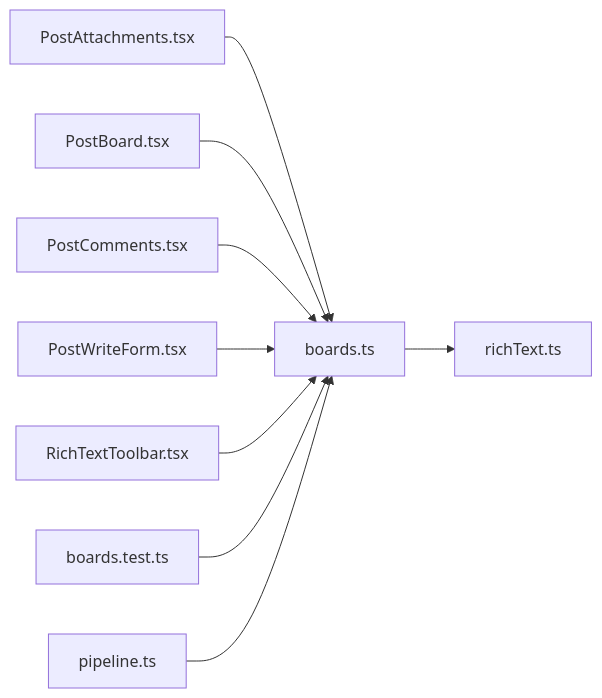
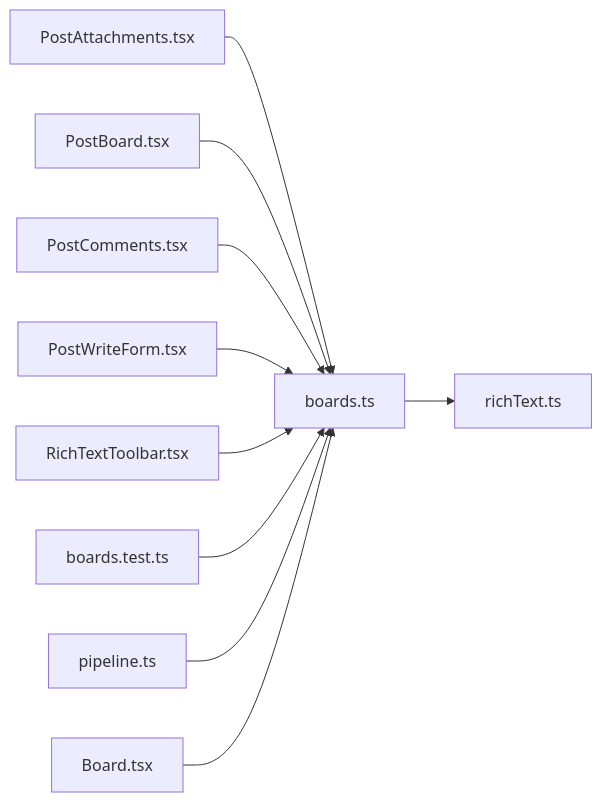
Before and after one commit to minkong-dev/Banblit: the diagram in .cluedoc/graph/frontend/src/lib/boards.md, drawn with Mermaid. The commit also changed other lines of this file and 19 other files, not shown here.

````diff
--- a/.cluedoc/graph/frontend/src/lib/boards.md
+++ b/.cluedoc/graph/frontend/src/lib/boards.md
@@ -10,12 +10,13 @@
 ```mermaid
 flowchart LR
   frontend_src_lib_boards["boards.ts"]
   frontend_src_lib_boards --> frontend_src_lib_richText["richText.ts"]
   frontend_src_components_PostAttachments["PostAttachments.tsx"] --> frontend_src_lib_boards
   frontend_src_components_PostBoard["PostBoard.tsx"] --> frontend_src_lib_boards
   frontend_src_components_PostComments["PostComments.tsx"] --> frontend_src_lib_boards
   frontend_src_components_PostWriteForm["PostWriteForm.tsx"] --> frontend_src_lib_boards
   frontend_src_components_RichTextToolbar["RichTextToolbar.tsx"] --> frontend_src_lib_boards
   frontend_src_lib_boards_test["boards.test.ts"] --> frontend_src_lib_boards
   frontend_src_lib_pipeline["pipeline.ts"] --> frontend_src_lib_boards
+  frontend_src_routes_Board["Board.tsx"] --> frontend_src_lib_boards
 ```
````
